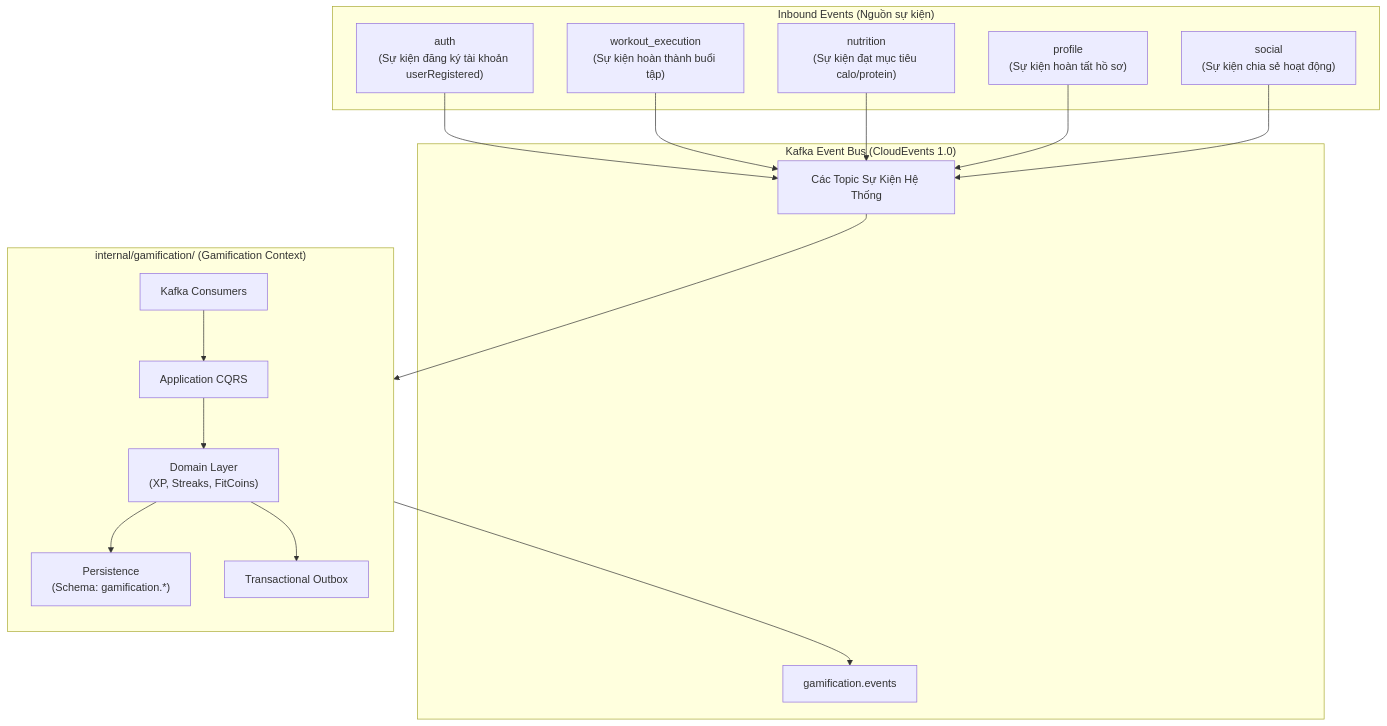
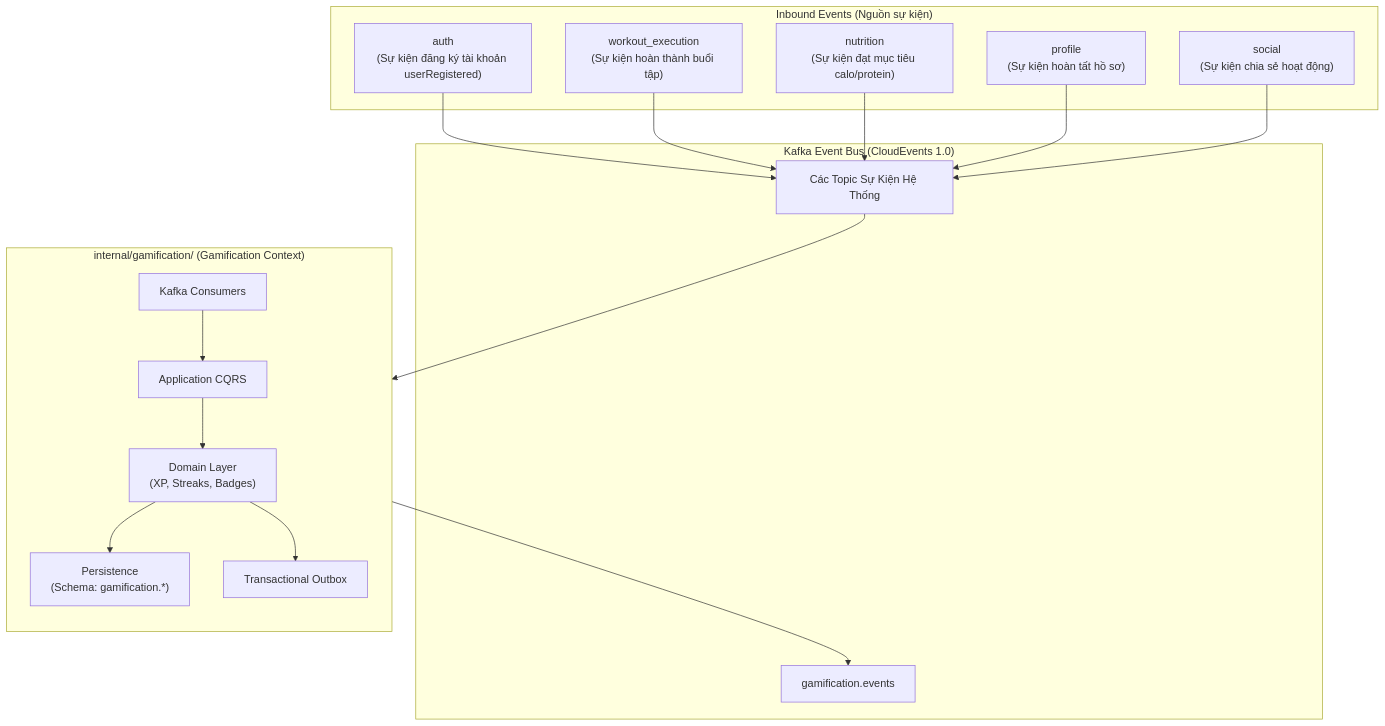
Before and after one commit to viethung213/gym-companion: the diagram in internal/gamification/docs/architecture.md, drawn with Mermaid. The commit also changed other lines of this file and 97 other files, not shown here.

First line of the commit message:
:sparkles: feat(gamification): implement core gamification module with hexagonal architecture

````diff
--- a/internal/gamification/docs/architecture.md
+++ b/internal/gamification/docs/architecture.md
@@ -13,29 +13,29 @@
 ```mermaid
 flowchart TD
     subgraph CoreDomains["Inbound Events (Nguồn sự kiện)"]
         AU["auth<br/>(Sự kiện đăng ký tài khoản userRegistered)"]
         WE["workout_execution<br/>(Sự kiện hoàn thành buổi tập)"]
         NU["nutrition<br/>(Sự kiện đạt mục tiêu calo/protein)"]
         PR["profile<br/>(Sự kiện hoàn tất hồ sơ)"]
         SO["social<br/>(Sự kiện chia sẻ hoạt động)"]
     end
 
     subgraph EventBus["Kafka Event Bus (CloudEvents 1.0)"]
         TOPIC_IN["Các Topic Sự Kiện Hệ Thống"]
         TOPIC_GA["gamification.events"]
     end
 
     subgraph GamificationContext["internal/gamification/ (Gamification Context)"]
         direction TB
         G_CONSUMER["Kafka Consumers"]
         G_APP["Application CQRS"]
-        G_DOMAIN["Domain Layer<br/>(XP, Streaks, FitCoins)"]
+        G_DOMAIN["Domain Layer<br/>(XP, Streaks, Badges)"]
         G_REPO["Persistence<br/>(Schema: gamification.*)"]
         G_OUTBOX["Transactional Outbox"]
     end
 
     AU & WE & NU & PR & SO --> TOPIC_IN
     TOPIC_IN --> G_CONSUMER
     G_CONSUMER --> G_APP --> G_DOMAIN --> G_REPO
     G_DOMAIN --> G_OUTBOX --> TOPIC_GA
 ```
````
